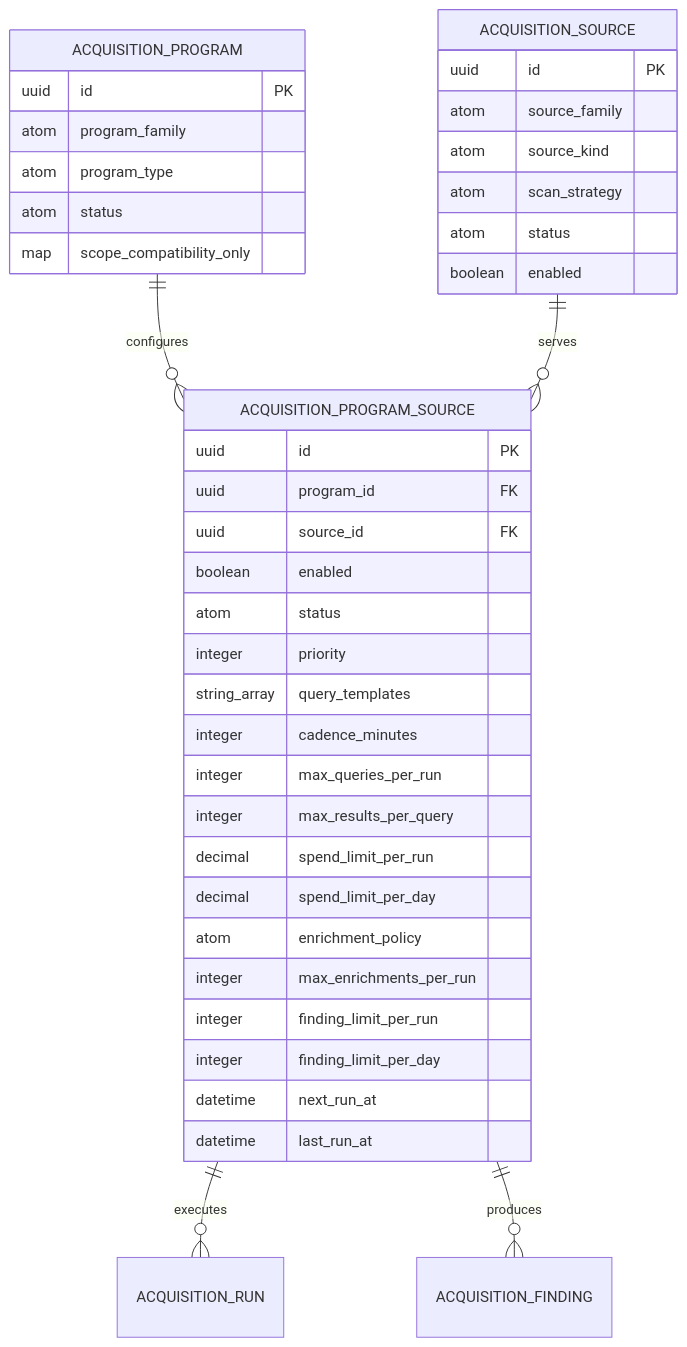
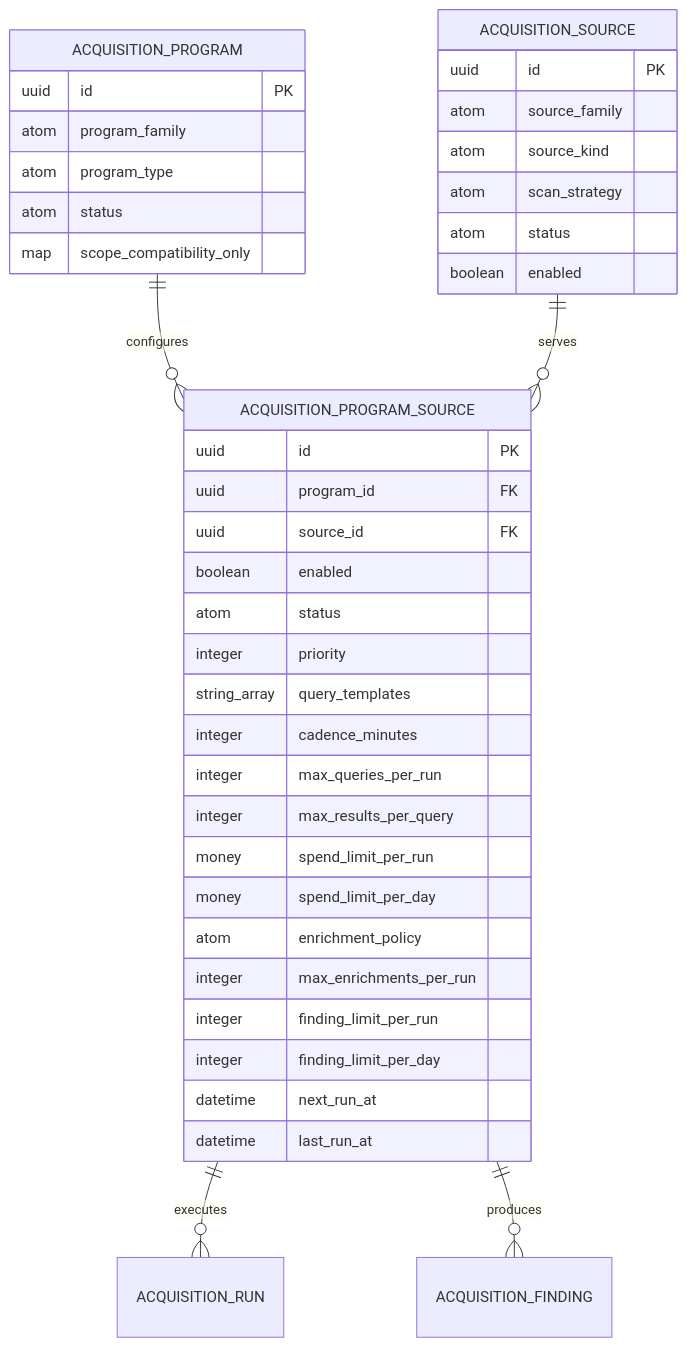
One commit to Gnome-Automation/gnome_garden changed the first of 2 diagrams in docs/acquisition-program-source-contract.md. Above: the diagram before and after it, drawn with Mermaid. The commit also changed other lines of this file and 30 other files, not shown here.

````diff
--- a/docs/acquisition-program-source-contract.md
+++ b/docs/acquisition-program-source-contract.md
@@ -18,45 +18,45 @@
 ```mermaid
 erDiagram
   ACQUISITION_PROGRAM ||--o{ ACQUISITION_PROGRAM_SOURCE : configures
   ACQUISITION_SOURCE ||--o{ ACQUISITION_PROGRAM_SOURCE : serves
   ACQUISITION_PROGRAM_SOURCE ||--o{ ACQUISITION_RUN : executes
   ACQUISITION_PROGRAM_SOURCE ||--o{ ACQUISITION_FINDING : produces
 
   ACQUISITION_PROGRAM {
     uuid id PK
     atom program_family
     atom program_type
     atom status
     map scope_compatibility_only
   }
 
   ACQUISITION_SOURCE {
     uuid id PK
     atom source_family
     atom source_kind
     atom scan_strategy
     atom status
     boolean enabled
   }
 
   ACQUISITION_PROGRAM_SOURCE {
     uuid id PK
     uuid program_id FK
     uuid source_id FK
     boolean enabled
     atom status
     integer priority
     string_array query_templates
     integer cadence_minutes
     integer max_queries_per_run
     integer max_results_per_query
-    decimal spend_limit_per_run
-    decimal spend_limit_per_day
+    money spend_limit_per_run
+    money spend_limit_per_day
     atom enrichment_policy
     integer max_enrichments_per_run
     integer finding_limit_per_run
     integer finding_limit_per_day
     datetime next_run_at
     datetime last_run_at
   }
 ```
````
